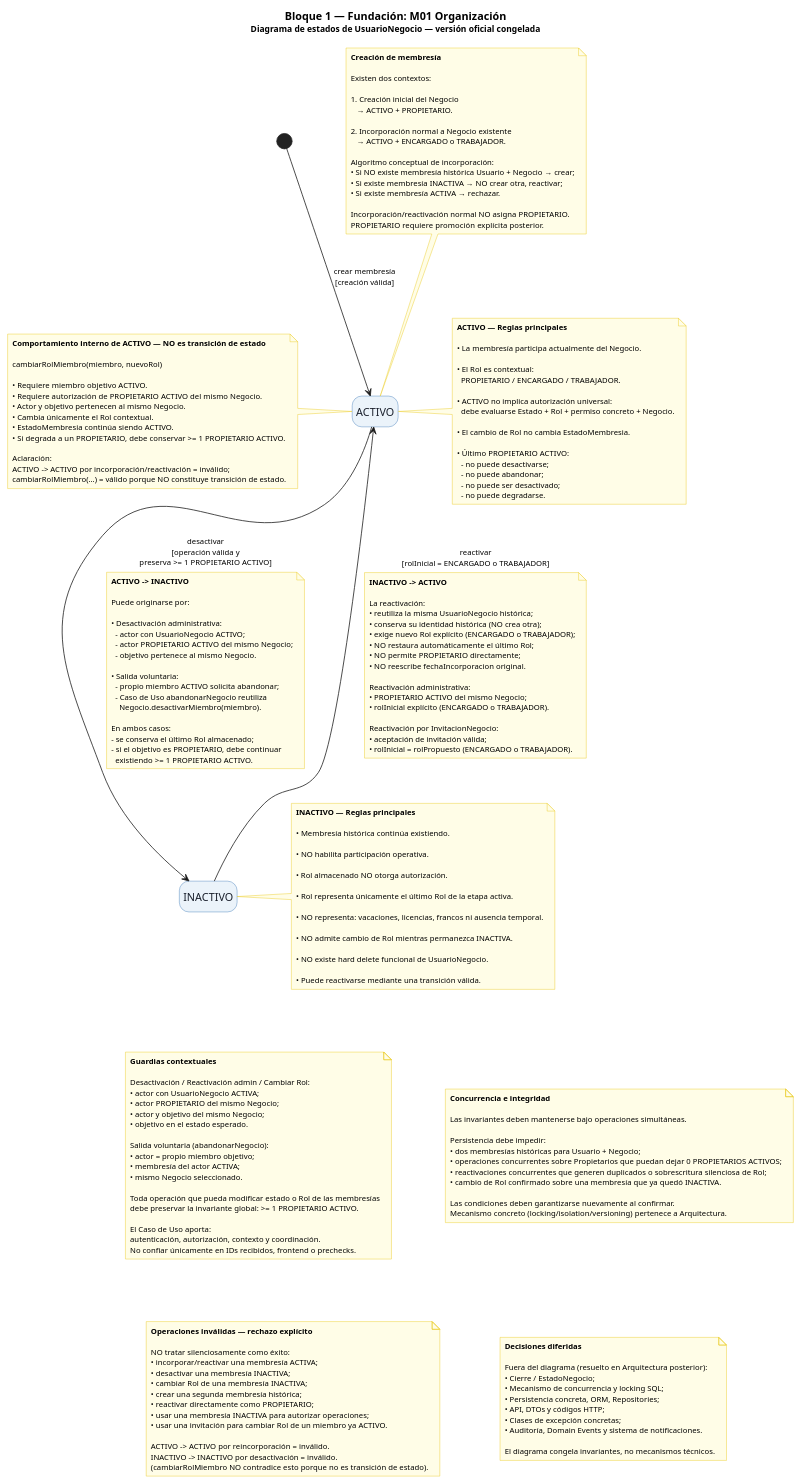
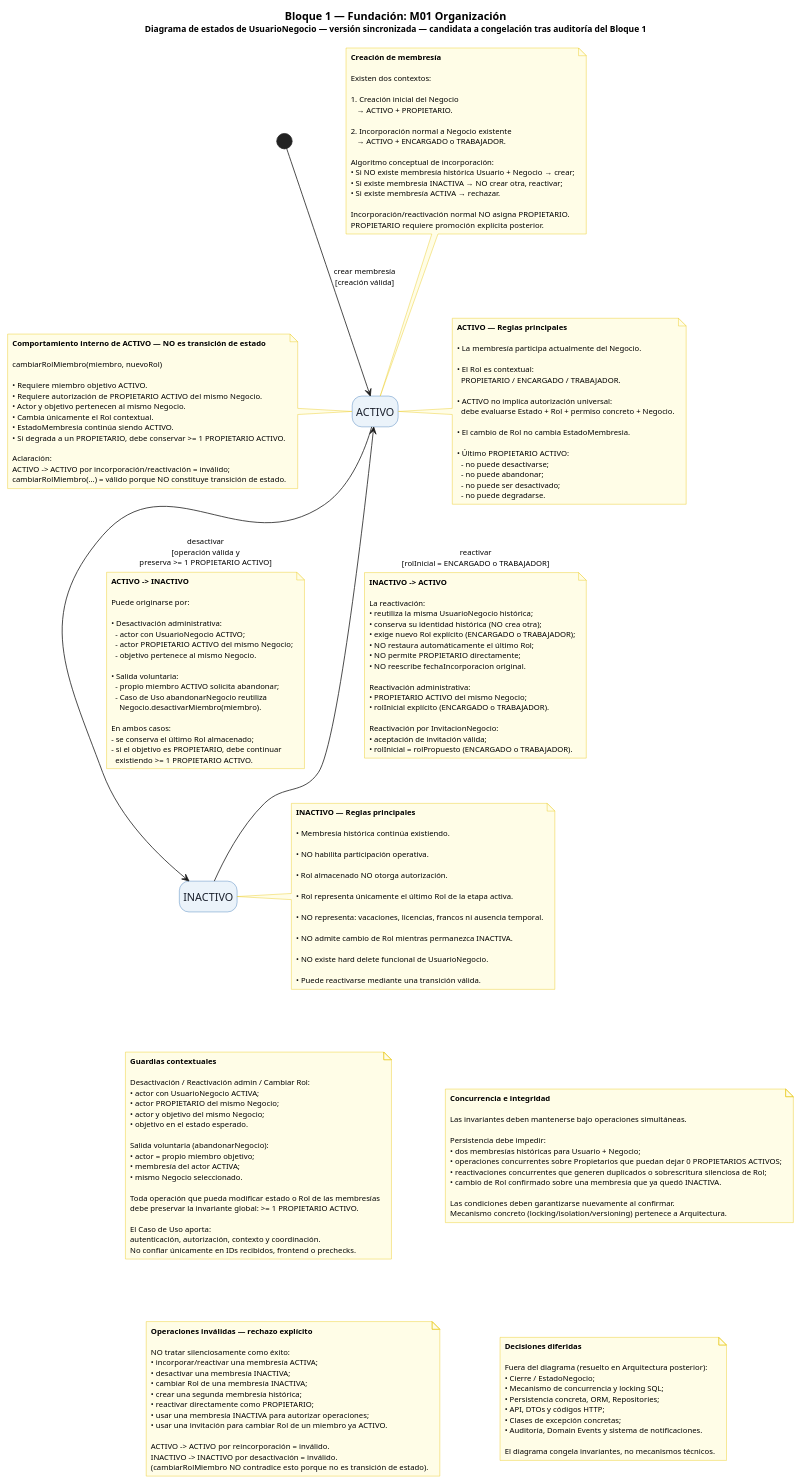
The diagram in Proyecto-3-Extendido-Generico/modelo-dominio/bloque-1-fundacion/05-m01-estados-membresia.puml (Jorge10192/TP-Programacion2-UNSAM-2C2026), drawn with PlantUML before and after one commit. The commit also changed 14 other files, not shown here.

```diff
--- a/Proyecto-3-Extendido-Generico/modelo-dominio/bloque-1-fundacion/05-m01-estados-membresia.puml
+++ b/Proyecto-3-Extendido-Generico/modelo-dominio/bloque-1-fundacion/05-m01-estados-membresia.puml
@@ -1,6 +1,6 @@
 @startuml 05-m01-estados-membresia
 
-title Bloque 1 — Fundación: M01 Organización\n<size:11>Diagrama de estados de UsuarioNegocio — versión oficial congelada</size>
+title Bloque 1 — Fundación: M01 Organización\n<size:11>Diagrama de estados de UsuarioNegocio — versión sincronizada — candidata a congelación tras auditoría del Bloque 1</size>
 
 ' =============================================================================
 ' CONFIGURACIÓN VISUAL
```
